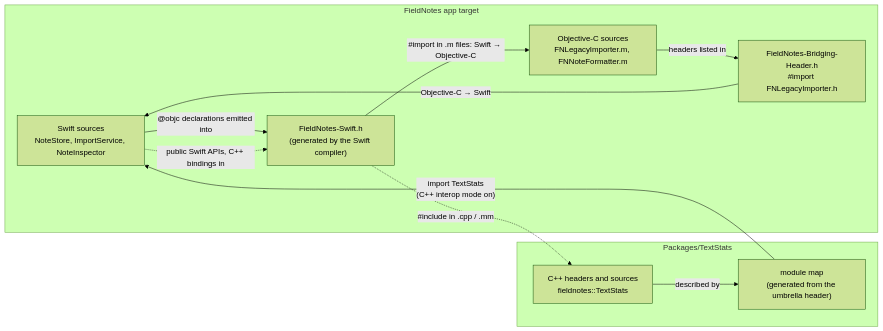
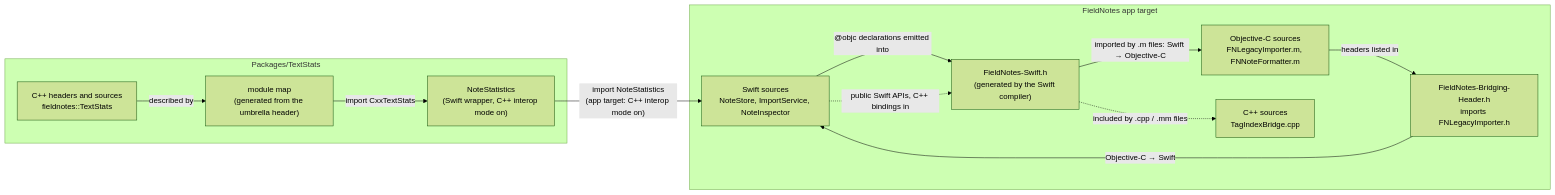
Before and after one commit to albertoirurueta/docs: the diagram in modules/ROOT/pages/apps/apple/language-interoperability.adoc, drawn with Mermaid (forest theme). The commit also changed other lines of this file and 8 other files, not shown here.

```diff
--- a/modules/ROOT/pages/apps/apple/language-interoperability.adoc
+++ b/modules/ROOT/pages/apps/apple/language-interoperability.adoc
@@ -37,22 +37,25 @@
 [mermaid]
 ....
 flowchart LR
     subgraph AppTarget["FieldNotes app target"]
         SW["Swift sources<br/>NoteStore, ImportService, NoteInspector"]
-        BH["FieldNotes-Bridging-Header.h<br/>#import FNLegacyImporter.h"]
+        BH["FieldNotes-Bridging-Header.h<br/>imports FNLegacyImporter.h"]
         GH["FieldNotes-Swift.h<br/>(generated by the Swift compiler)"]
         OC["Objective-C sources<br/>FNLegacyImporter.m, FNNoteFormatter.m"]
+        CPA["C++ sources<br/>TagIndexBridge.cpp"]
     end
     subgraph Pkg["Packages/TextStats"]
         MM["module map<br/>(generated from the umbrella header)"]
         CXX["C++ headers and sources<br/>fieldnotes::TextStats"]
+        NS["NoteStatistics<br/>(Swift wrapper, C++ interop mode on)"]
     end
     OC -- "headers listed in" --> BH
     BH -- "Objective-C → Swift" --> SW
     SW -- "@objc declarations emitted into" --> GH
-    GH -- "#import in .m files: Swift → Objective-C" --> OC
+    GH -- "imported by .m files: Swift → Objective-C" --> OC
     CXX -- "described by" --> MM
-    MM -- "import TextStats<br/>(C++ interop mode on)" --> SW
+    MM -- "import CxxTextStats" --> NS
+    NS -- "import NoteStatistics<br/>(app target: C++ interop mode on)" --> SW
     SW -. "public Swift APIs, C++ bindings in" .-> GH
-    GH -. "#include in .cpp / .mm" .-> CXX
+    GH -. "included by .cpp / .mm files" .-> CPA
 ....
```
